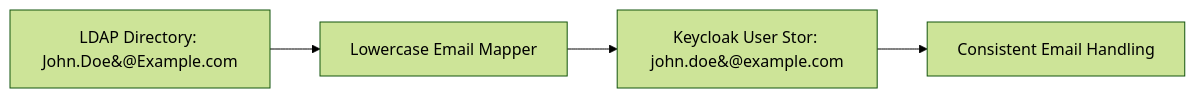
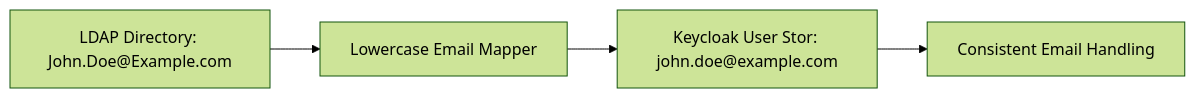
The diagram in README.md (PavelSozonov/keycloak-ldap-lowercase-email-mapper), drawn with Mermaid (forest theme) before and after one commit.

Commit message:
Fix mermaid diagram v5

````diff
--- a/README.md
+++ b/README.md
@@ -70,6 +70,6 @@
 ```mermaid
 graph LR
-    A[LDAP Directory: John.Doe&#64;Example.com] --> B[Lowercase Email Mapper]
-    B --> C[Keycloak User Stor: john.doe&#64;example.com]
+    A[LDAP Directory: John.Doe#64;Example.com] --> B[Lowercase Email Mapper]
+    B --> C[Keycloak User Stor: john.doe#64;example.com]
     C --> D[Consistent Email Handling]
 ```
````
